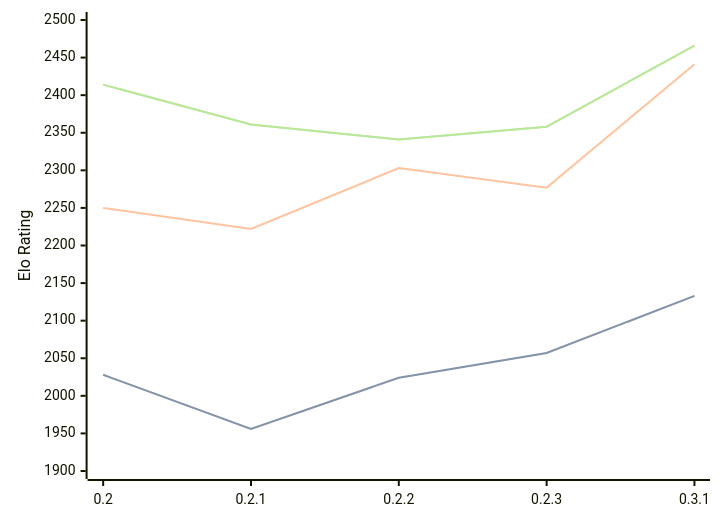
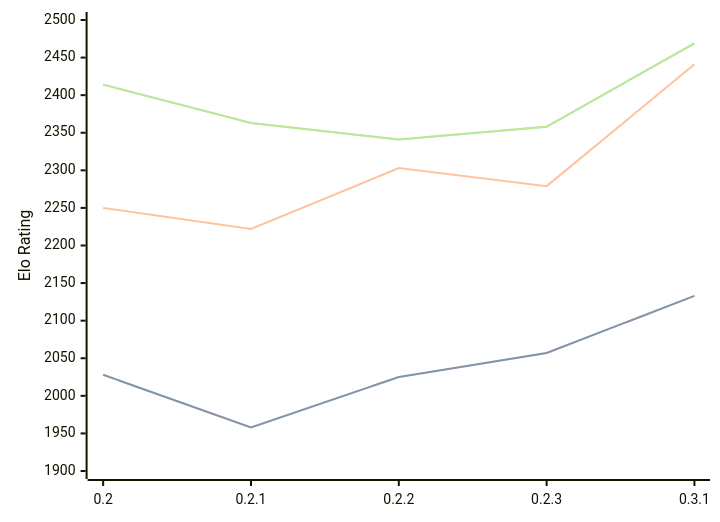
The diagram in engines/Lolbot.md (computer-chess-index/cci), drawn with Mermaid before and after one commit. The commit also changed other lines of this file, not shown here.

Commit message:
Update CCI Ratings (ELO VLTC) - 2026-04-19

````diff
--- a/engines/Lolbot.md
+++ b/engines/Lolbot.md
@@ -36,11 +36,11 @@
 ```mermaid
 %%{init: {"theme":"base","themeVariables":{"seriesColors:['#a3a3a3','#222221','#faa371']}}}%%
 xychart-beta
   x-axis ["0.2", "0.2.1", "0.2.2", "0.2.3", "0.3.1"]
   y-axis "Elo Rating" 1900 --> 2500
-  line "STC (8.0+0.08s)" [2028, 1956, 2024, 2057, 2133]
-  line "STC (8.0+0.08s)" [2028, 1956, 2024, 2057, 2133]
-  line "LTC (60.0+0.60s)" [2250, 2222, 2303, 2277, 2441]
-  line "VLTC (2m24s+1.12s)" [2414, 2361, 2341, 2358, 2466]
-  line "VLTC (2m24s+1.12s)" [2414, 2361, 2341, 2358, 2466]
+  line "STC (8.0+0.08s)" [2028, 1958, 2025, 2057, 2133]
+  line "STC (8.0+0.08s)" [2028, 1958, 2025, 2057, 2133]
+  line "LTC (60.0+0.60s)" [2250, 2222, 2303, 2279, 2441]
+  line "VLTC (2m24s+1.12s)" [2414, 2363, 2341, 2358, 2469]
+  line "VLTC (2m24s+1.12s)" [2414, 2363, 2341, 2358, 2469]
 ```
````
